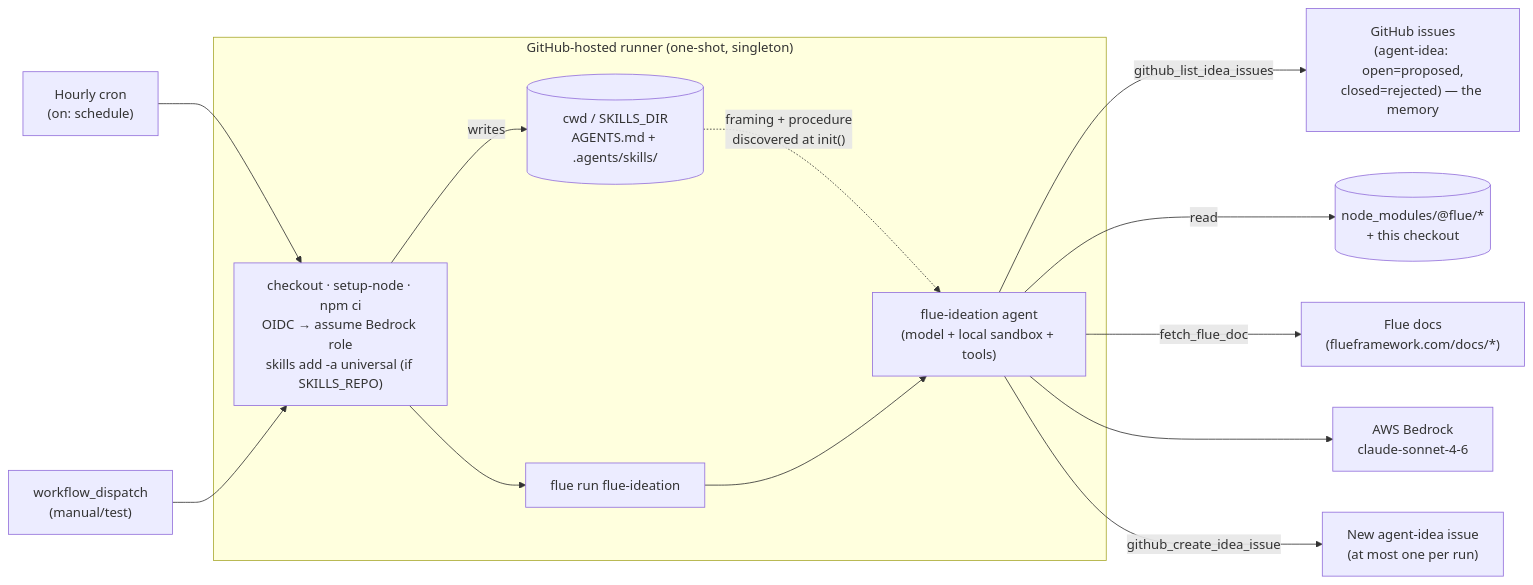
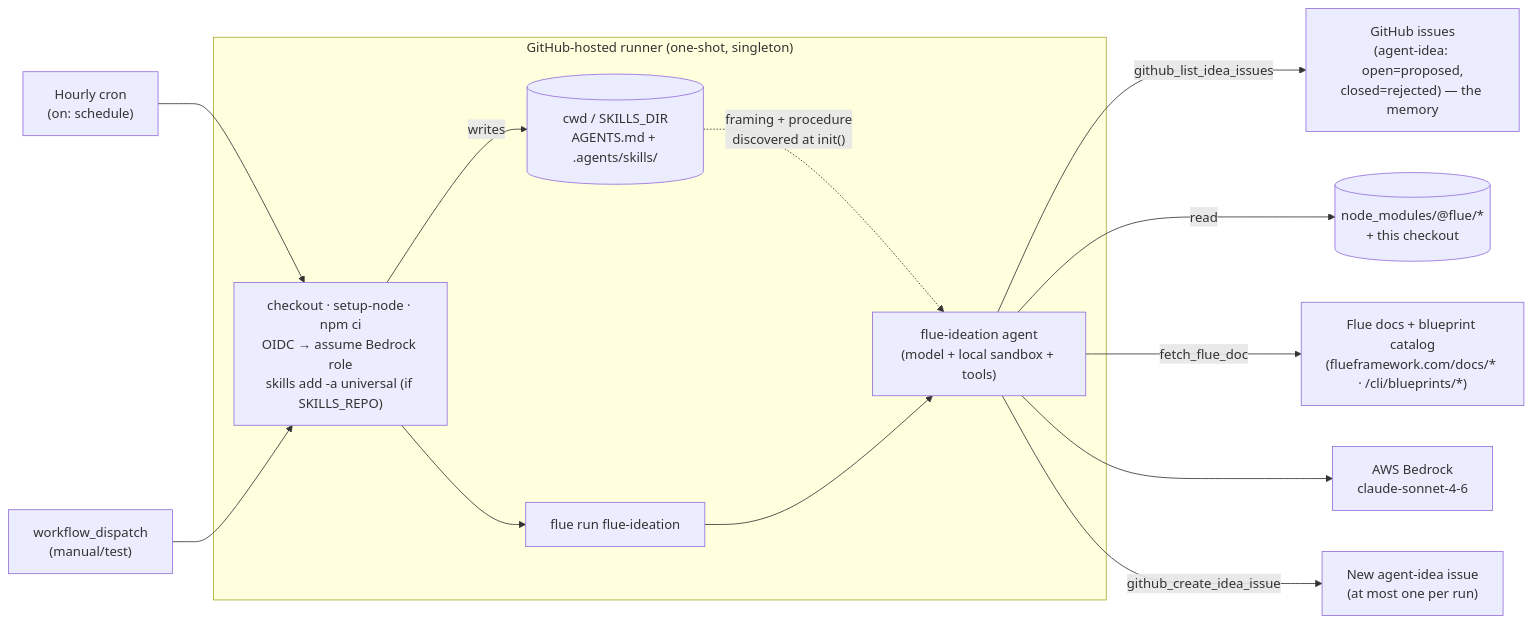
One commit to hjgraca/agentic-sdlc changed the diagram in examples/ideate-scheduled-actions/README.md. Above: the diagram before and after it, drawn with Mermaid. The commit also changed other lines of this file and 48 other files, not shown here.

First line of the commit message:
Fetch Flue blueprints instead of vendoring them

````diff
--- a/examples/ideate-scheduled-actions/README.md
+++ b/examples/ideate-scheduled-actions/README.md
@@ -41,29 +41,29 @@
 ```mermaid
 flowchart LR
     Cron["Hourly cron<br/>(on: schedule)"]
     Manual["workflow_dispatch<br/>(manual/test)"]
 
     subgraph runner["GitHub-hosted runner (one-shot, singleton)"]
         Before["checkout · setup-node · npm ci<br/>OIDC → assume Bedrock role<br/>skills add -a universal (if SKILLS_REPO)"]
         Run["flue run flue-ideation"]
         Agent["flue-ideation agent<br/>(model + local sandbox + tools)"]
         CWD[("cwd / SKILLS_DIR<br/>AGENTS.md + .agents/skills/")]
         Before -->|writes| CWD
         CWD -.->|"framing + procedure<br/>discovered at init()"| Agent
         Before --> Run --> Agent
     end
 
     Mem["GitHub issues<br/>(agent-idea: open=proposed,<br/>closed=rejected) — the memory"]
     Pkgs[("node_modules/@flue/*<br/>+ this checkout")]
-    Docs["Flue docs<br/>(flueframework.com/docs/*)"]
+    Docs["Flue docs + blueprint catalog<br/>(flueframework.com/docs/* · /cli/blueprints/*)"]
     Bedrock["AWS Bedrock<br/>claude-sonnet-4-6"]
     Issue["New agent-idea issue<br/>(at most one per run)"]
 
     Cron --> Before
     Manual --> Before
     Agent -->|github_list_idea_issues| Mem
     Agent -->|read| Pkgs
     Agent -->|fetch_flue_doc| Docs
     Agent --> Bedrock
     Agent -->|github_create_idea_issue| Issue
 ```
````
